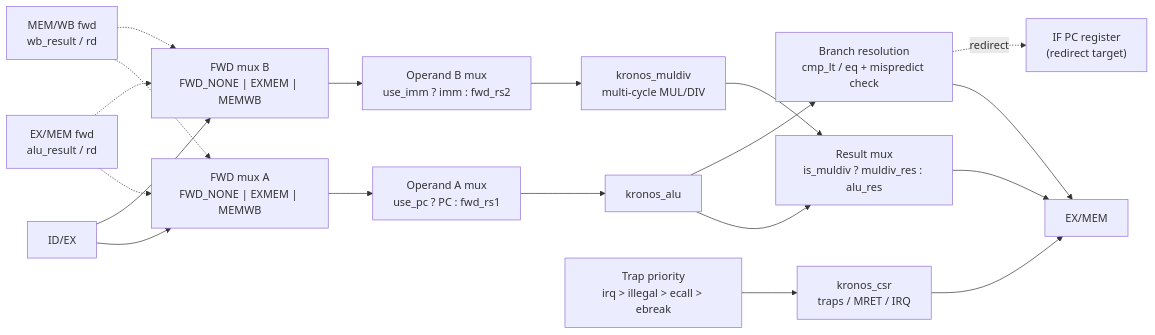
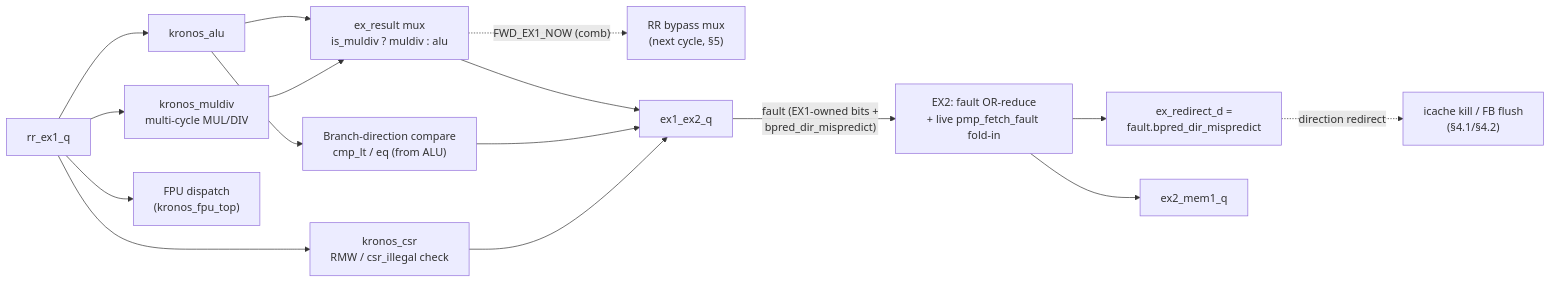
One commit to vladdum/kronos-riscv changed the fourth of 9 diagrams in docs/architecture.md. Above: the diagram before and after it, drawn with Mermaid. The commit also changed other lines of this file, not shown here.

Commit message:
docs(architecture): frontend, pipeline, hazards, EX, FPU at stage 7e

````diff
--- a/docs/architecture.md
+++ b/docs/architecture.md
@@ -265,17 +257,19 @@
 ```mermaid
+%% depicts: stage7e
 flowchart LR
-    id_ex[ID/EX] --> fwdA["FWD mux A<br>FWD_NONE | EXMEM | MEMWB"]
-    id_ex --> fwdB["FWD mux B<br>FWD_NONE | EXMEM | MEMWB"]
-    exmem_fwd["EX/MEM fwd<br>alu_result / rd"] -.-> fwdA & fwdB
-    memwb_fwd["MEM/WB fwd<br>wb_result / rd"] -.-> fwdA & fwdB
-    fwdA --> opA["Operand A mux<br>use_pc ? PC : fwd_rs1"] --> alu["kronos_alu"]
-    fwdB --> opB["Operand B mux<br>use_imm ? imm : fwd_rs2"] --> muldiv["kronos_muldiv<br>multi-cycle MUL/DIV"]
-    alu --> resmux["Result mux<br>is_muldiv ? muldiv_res : alu_res"]
+    rr_ex1[rr_ex1_q] --> alu["kronos_alu"]
+    rr_ex1 --> muldiv["kronos_muldiv<br>multi-cycle MUL/DIV"]
+    rr_ex1 --> fpu_disp["FPU dispatch<br>(kronos_fpu_top)"]
+    rr_ex1 --> csr["kronos_csr<br>RMW / csr_illegal check"]
+    alu --> resmux["ex_result mux<br>is_muldiv ? muldiv : alu"]
     muldiv --> resmux
-    alu --> branch["Branch resolution<br>cmp_lt / eq + mispredict check"]
-    trap["Trap priority<br>irq > illegal > ecall > ebreak"] --> csr["kronos_csr<br>traps / MRET / IRQ"]
-    resmux --> ex_mem[EX/MEM]
-    branch --> ex_mem
-    csr --> ex_mem
-    branch -. redirect .-> pc["IF PC register<br>(redirect target)"]
+    alu --> branch["Branch-direction compare<br>cmp_lt / eq (from ALU)"]
+    resmux -. "FWD_EX1_NOW (comb)" .-> rr_bypass["RR bypass mux<br>(next cycle, §5)"]
+    resmux --> ex1_ex2[ex1_ex2_q]
+    branch --> ex1_ex2
+    csr --> ex1_ex2
+    ex1_ex2 -- "fault (EX1-owned bits +<br>bpred_dir_mispredict)" --> ex2_agg["EX2: fault OR-reduce<br>+ live pmp_fetch_fault fold-in"]
+    ex2_agg --> ex_redirect["ex_redirect_d =<br>fault.bpred_dir_mispredict"]
+    ex_redirect -. "direction redirect" .-> icache_top["icache kill / FB flush<br>(§4.1/§4.2)"]
+    ex2_agg --> ex2_mem1[ex2_mem1_q]
 ```
````
